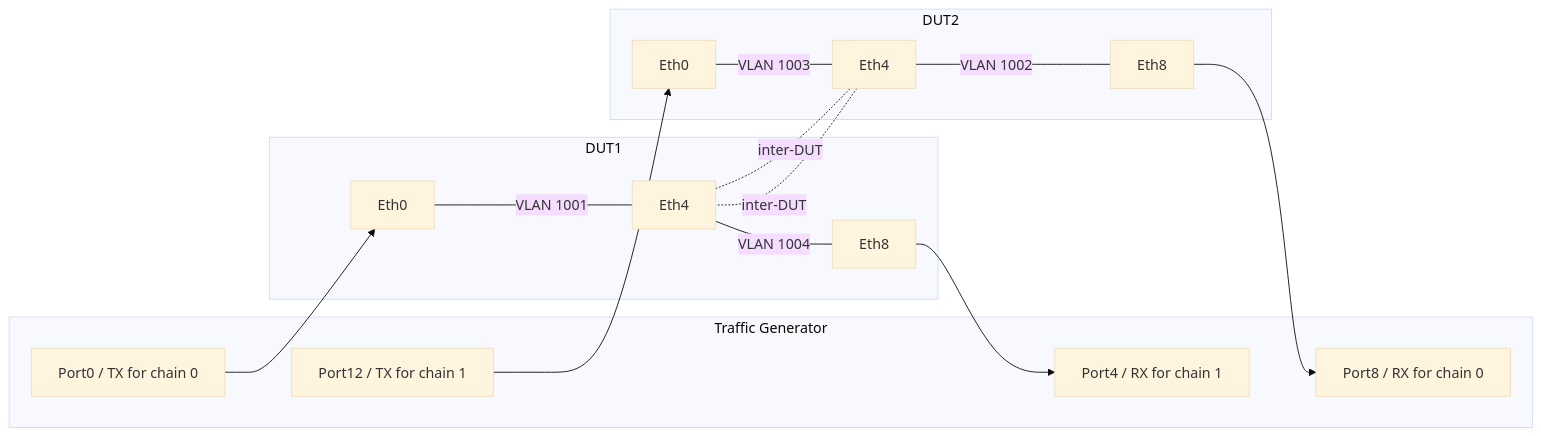
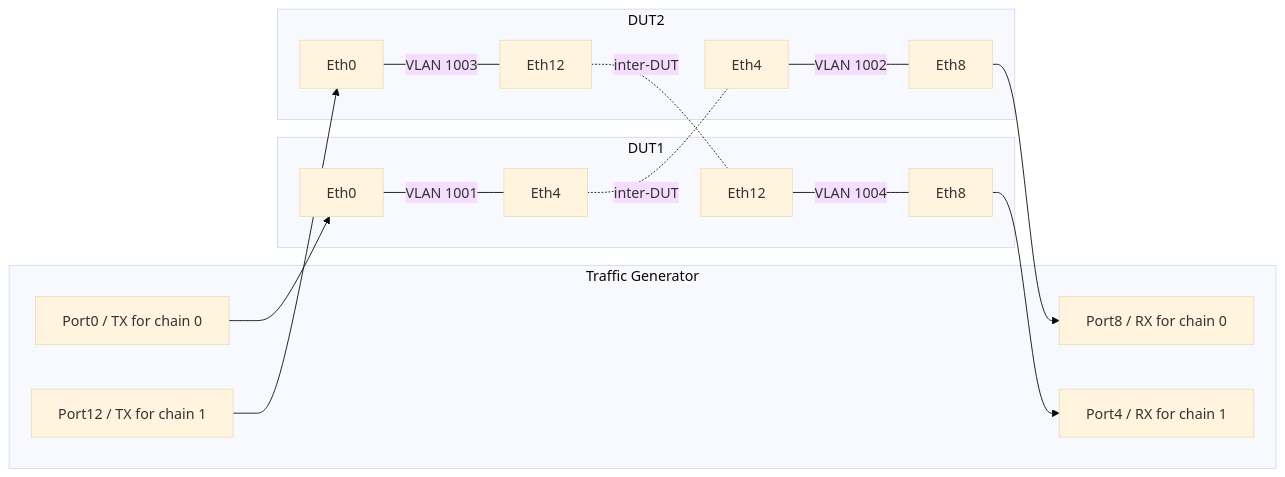
Before and after one commit to sonic-net/sonic-mgmt: the second of 2 diagrams in docs/testbed/README.testbed.NUT.L2Snake.md, drawn with Mermaid (base theme). The commit also changed other lines of this file, not shown here.

````diff
--- a/docs/testbed/README.testbed.NUT.L2Snake.md
+++ b/docs/testbed/README.testbed.NUT.L2Snake.md
@@ -80,33 +81,35 @@
 ```mermaid
 graph LR
     subgraph TG[Traffic Generator]
         T0[Port0 / TX for chain 0]
         T1[Port4 / RX for chain 1]
         T2[Port8 / RX for chain 0]
         T3[Port12 / TX for chain 1]
     end
 
     subgraph D1[DUT1]
         D1E0[Eth0]
         D1E4[Eth4]
         D1E8[Eth8]
+        D1E12[Eth12]
     end
 
     subgraph D2[DUT2]
         D2E0[Eth0]
         D2E4[Eth4]
         D2E8[Eth8]
+        D2E12[Eth12]
     end
 
     T0 --> D1E0
     D1E0 ---|VLAN 1001| D1E4
     D1E4 -. inter-DUT .- D2E4
     D2E4 ---|VLAN 1002| D2E8
     D2E8 --> T2
 
     T3 --> D2E0
-    D2E0 ---|VLAN 1003| D2E4
-    D2E4 -. inter-DUT .- D1E4
-    D1E4 ---|VLAN 1004| D1E8
+    D2E0 ---|VLAN 1003| D2E12
+    D2E12 -. inter-DUT .- D1E12
+    D1E12 ---|VLAN 1004| D1E8
     D1E8 --> T1
 ```
````
